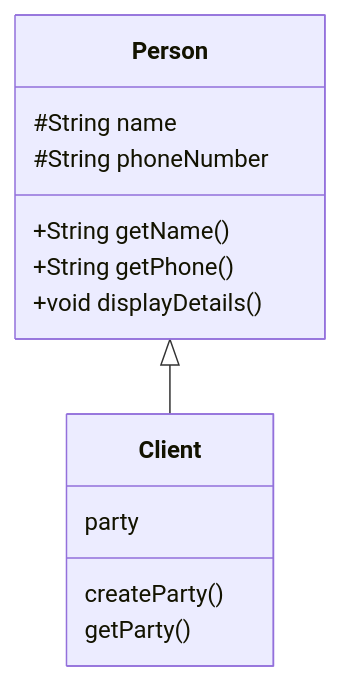
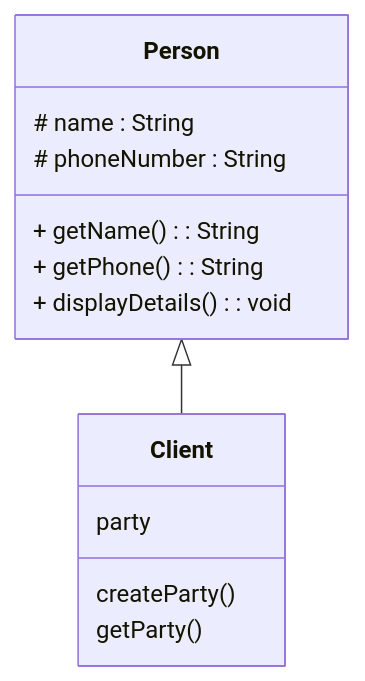
The diagram in README.md (Aljawharah46/CSC113-project-P1), drawn with Mermaid before and after one commit.

````diff
--- a/README.md
+++ b/README.md
@@ -2,18 +2,18 @@
 ```mermaid
 classDiagram
 class Person{
-#String name
-#String phoneNumber
-+String getName()
-+String getPhone()
-+void displayDetails()
+# name : String
+# phoneNumber : String
++ getName() : String
++ getPhone() : String
++ displayDetails() : void
 }
 
 class Client{
 party
 createParty()
 getParty()
 }
 
 Person <|-- Client
 ```
````
